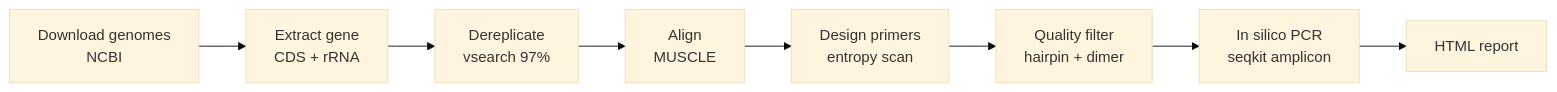
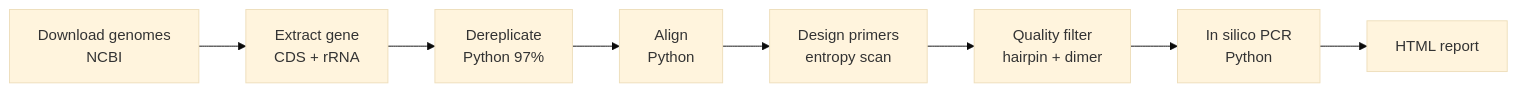
The diagram in README.md (Xinming9606/AmPrime), drawn with Mermaid (base theme) before and after one commit. The commit also changed other lines of this file and 18 other files, not shown here.

````diff
--- a/README.md
+++ b/README.md
@@ -29,10 +29,10 @@
 ```mermaid
 flowchart LR
     A[Download genomes<br/>NCBI] --> B[Extract gene<br/>CDS + rRNA]
-    B --> C[Dereplicate<br/>vsearch 97%]
-    C --> D[Align<br/>MUSCLE]
+    B --> C[Dereplicate<br/>Python 97%]
+    C --> D[Align<br/>Python]
     D --> E[Design primers<br/>entropy scan]
     E --> F[Quality filter<br/>hairpin + dimer]
-    F --> G[In silico PCR<br/>seqkit amplicon]
+    F --> G[In silico PCR<br/>Python]
     G --> H[HTML report]
 ```
````
